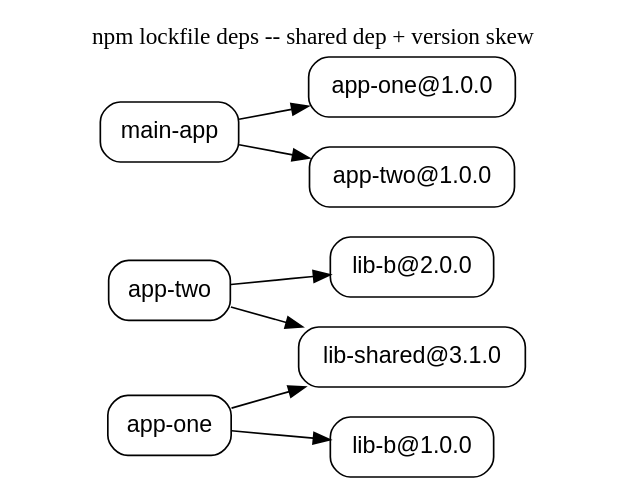
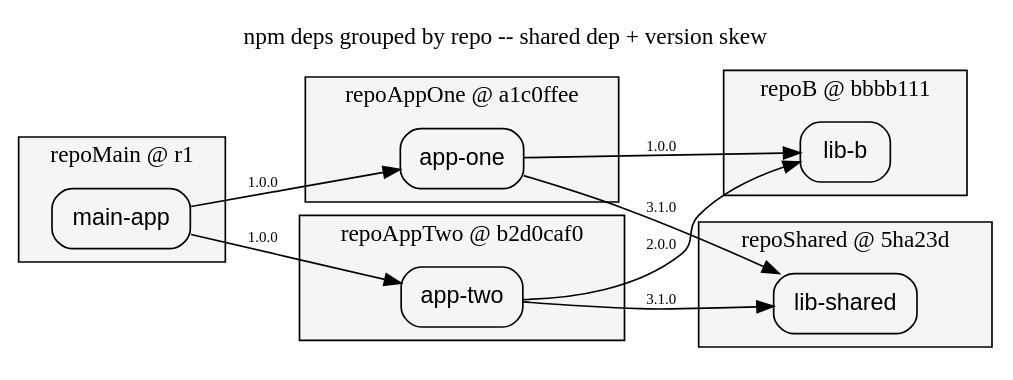
The diagram in v4/examples/npm-deps.dot (hafley66/sprefa), drawn with Graphviz before and after one commit. The commit also changed 11 other files, not shown here.

First line of the commit message:
feat(examples): cluster npm dep graph by repo/rev (git-graph-ish grouping)

```diff
--- a/v4/examples/npm-deps.dot
+++ b/v4/examples/npm-deps.dot
@@ -1,13 +1,20 @@
 digraph npm_deps {
   rankdir=LR
+  compound=true
   labelloc=t
-  label="npm lockfile deps -- shared dep + version skew"
+  label="npm deps grouped by repo -- shared dep + version skew"
   node [shape=box style=rounded fontname=Helvetica]
-  "app-two" -> "lib-shared@3.1.0"
-  "app-two" -> "lib-b@2.0.0"
-  "app-one" -> "lib-shared@3.1.0"
-  "app-one" -> "lib-b@1.0.0"
-  "main-app" -> "app-one@1.0.0"
-  "main-app" -> "app-two@1.0.0"
+  subgraph cluster_repoMain { label="repoMain @ r1"; style=filled; fillcolor=whitesmoke; "main-app" }
+  subgraph cluster_repoB { label="repoB @ bbbb111"; style=filled; fillcolor=whitesmoke; "lib-b" }
+  subgraph cluster_repoAppOne { label="repoAppOne @ a1c0ffee"; style=filled; fillcolor=whitesmoke; "app-one" }
+  subgraph cluster_repoAppTwo { label="repoAppTwo @ b2d0caf0"; style=filled; fillcolor=whitesmoke; "app-two" }
+  subgraph cluster_repoShared { label="repoShared @ 5ha23d"; style=filled; fillcolor=whitesmoke; "lib-shared" }
+
+  "main-app" -> "app-one" [label="1.0.0" fontsize=9]
+  "main-app" -> "app-two" [label="1.0.0" fontsize=9]
+  "app-one" -> "lib-shared" [label="3.1.0" fontsize=9]
+  "app-one" -> "lib-b" [label="1.0.0" fontsize=9]
+  "app-two" -> "lib-shared" [label="3.1.0" fontsize=9]
+  "app-two" -> "lib-b" [label="2.0.0" fontsize=9]
 
 }
```
